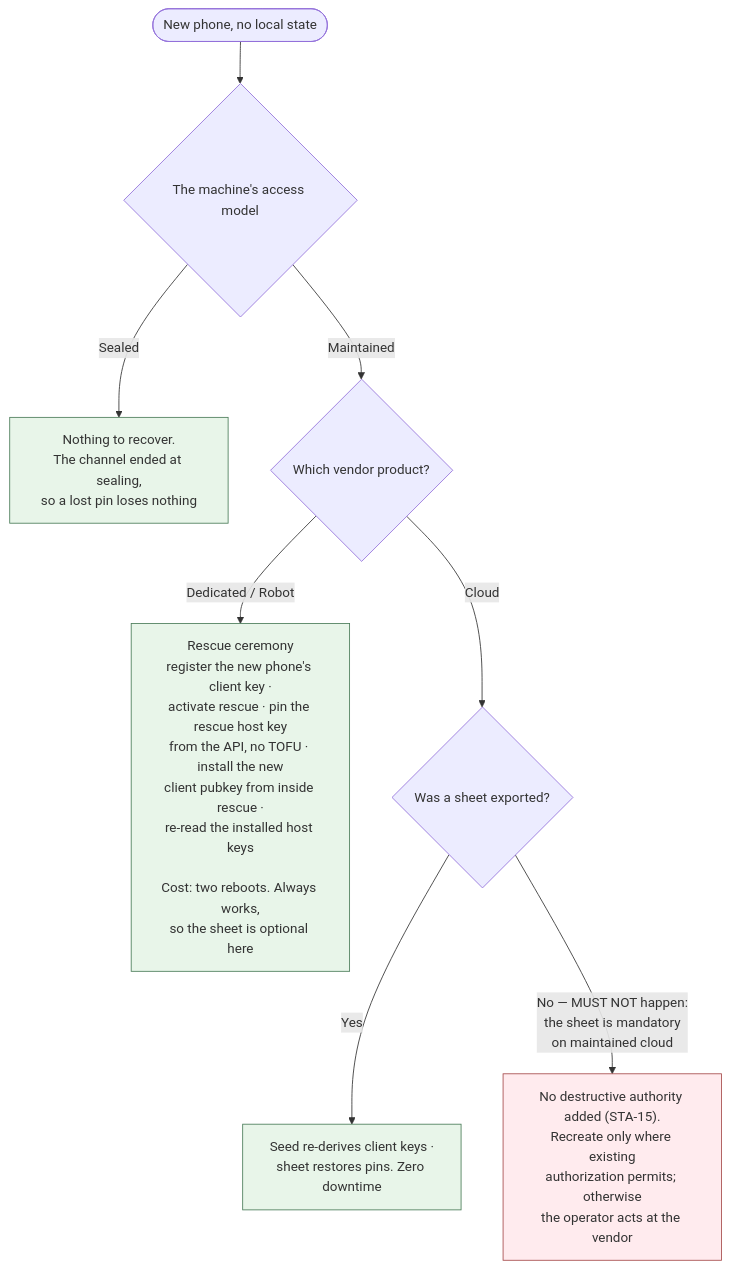
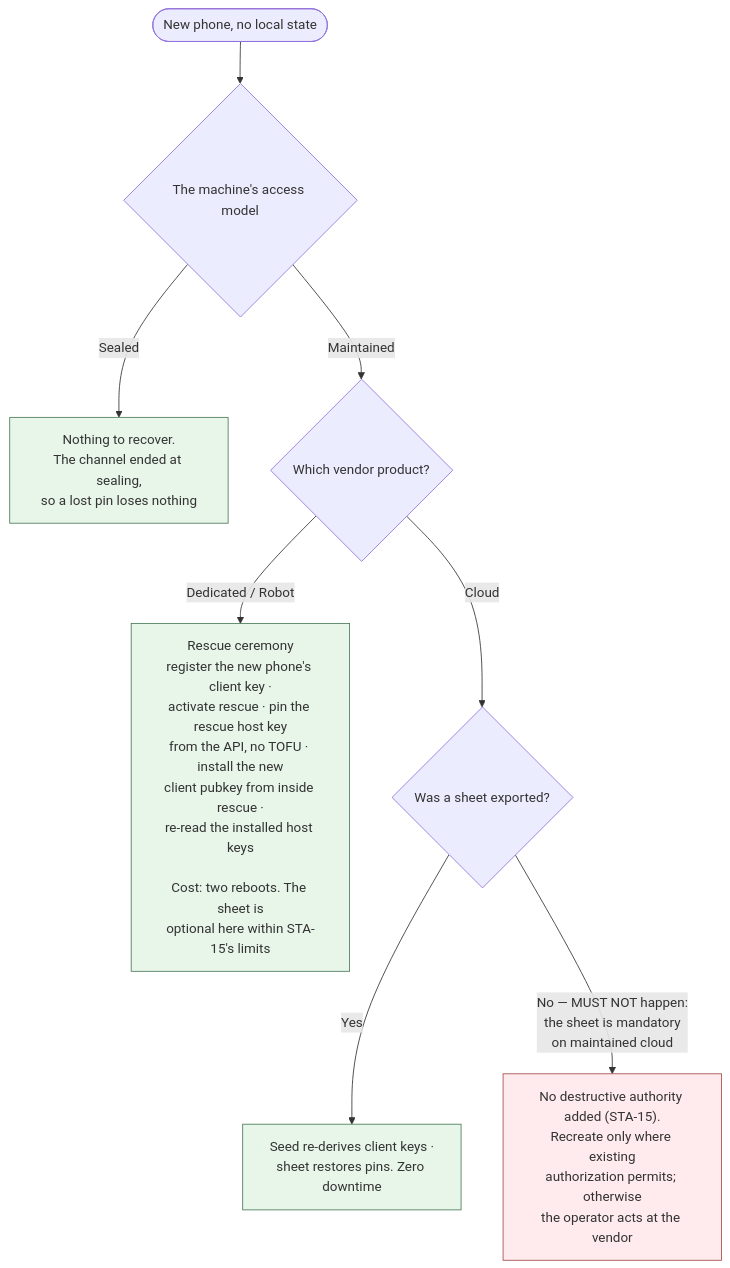
The diagram in 03-state-and-recovery.md (douglaz/tau-web-spec), drawn with Mermaid before and after one commit. The commit also changed other lines of this file and 3 other files, not shown here.

First line of the commit message:
docs(spec): carry the review fixes for the rescue rekey's scoped read, stop screen and wrong-server record (tw-4mz)

````diff
--- a/03-state-and-recovery.md
+++ b/03-state-and-recovery.md
@@ -1238,14 +1238,14 @@
 ```mermaid
 flowchart TD
     LOST([New phone, no local state]) --> AM{The machine's access model}
     AM -->|Sealed| SEALED["Nothing to recover.<br/>The channel ended at sealing,<br/>so a lost pin loses nothing"]
     AM -->|Maintained| VEND{Which vendor product?}
-    VEND -->|Dedicated / Robot| CER["Rescue ceremony<br/>register the new phone's client key ·<br/>activate rescue · pin the rescue host key<br/>from the API, no TOFU · install the new<br/>client pubkey from inside rescue ·<br/>re-read the installed host keys<br/><br/>Cost: two reboots. Always works,<br/>so the sheet is optional here"]
+    VEND -->|Dedicated / Robot| CER["Rescue ceremony<br/>register the new phone's client key ·<br/>activate rescue · pin the rescue host key<br/>from the API, no TOFU · install the new<br/>client pubkey from inside rescue ·<br/>re-read the installed host keys<br/><br/>Cost: two reboots. The sheet is<br/>optional here within STA-15's limits"]
     VEND -->|Cloud| SHEET{Was a sheet exported?}
     SHEET -->|Yes| ZERO["Seed re-derives client keys ·<br/>sheet restores pins. Zero downtime"]
     SHEET -->|"No — MUST NOT happen:<br/>the sheet is mandatory<br/>on maintained cloud"| DR["No destructive authority added (STA-15).<br/>Recreate only where existing<br/>authorization permits; otherwise<br/>the operator acts at the vendor"]
     classDef good fill:#e8f5e9,stroke:#4a7c59
     classDef bad fill:#ffebee,stroke:#a54a4a
     class SEALED,CER,ZERO good
     class DR bad
 ```
````
